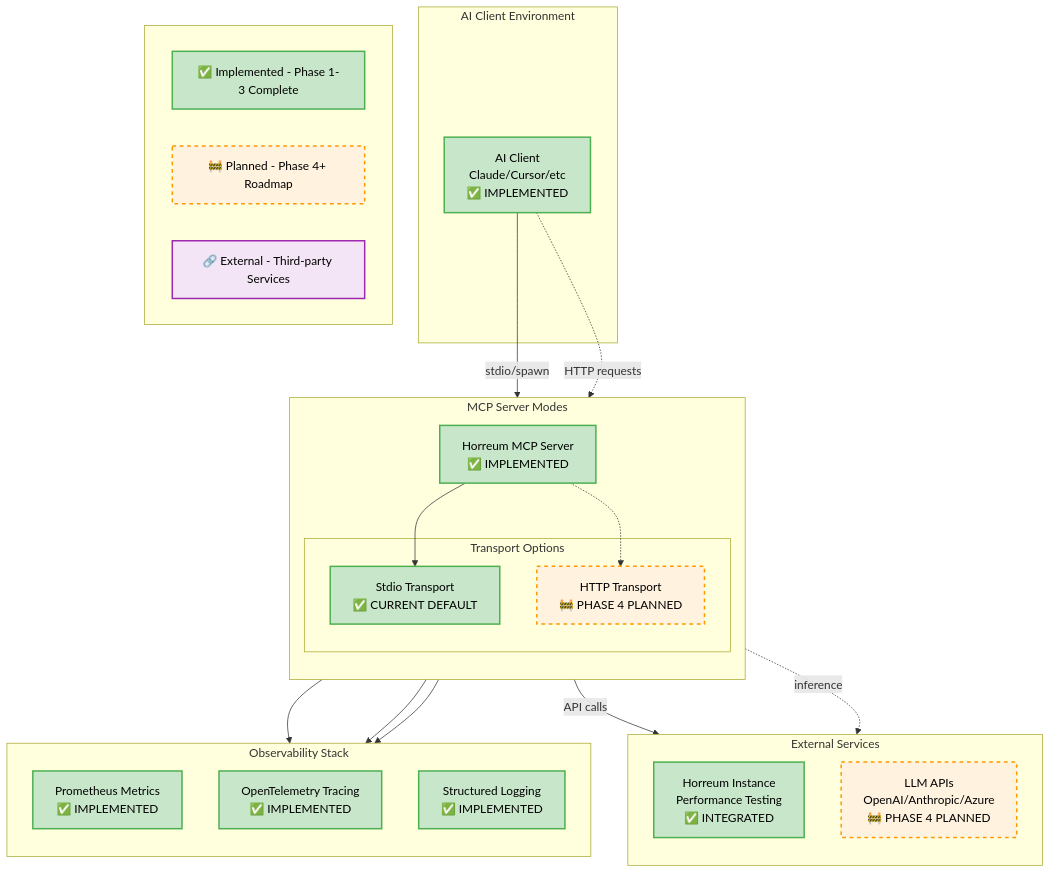
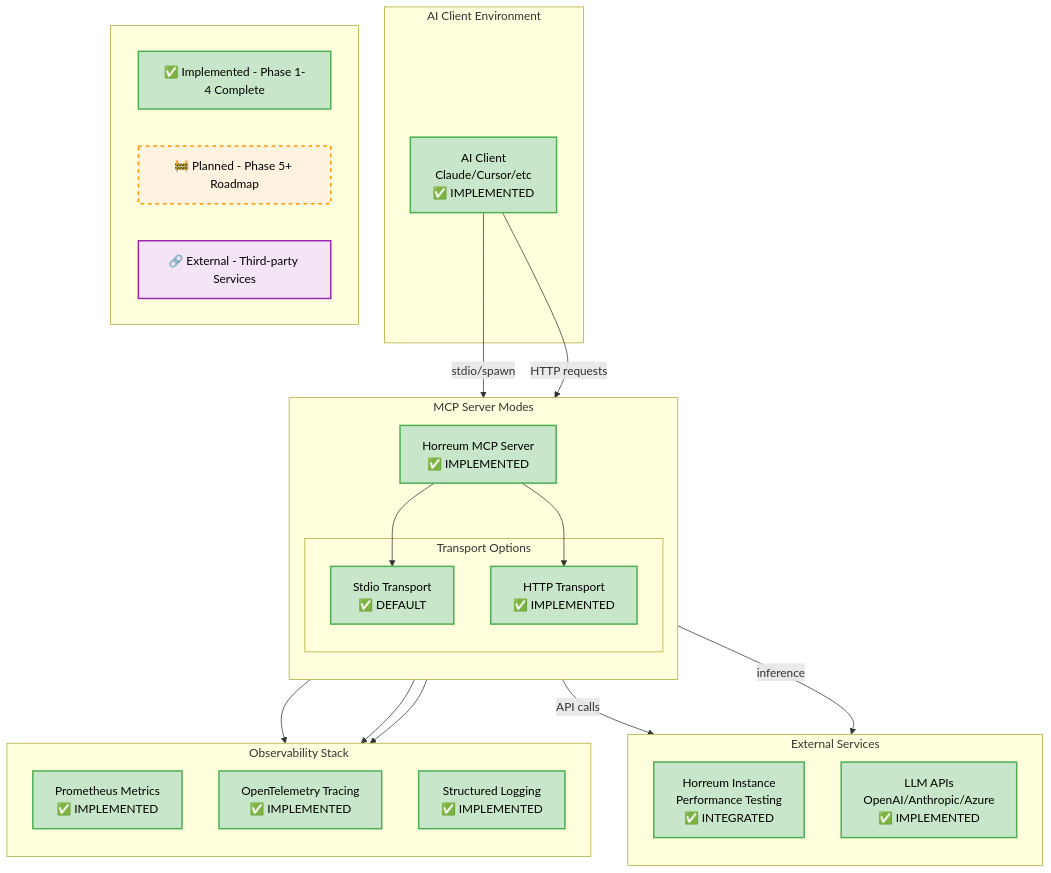
Before and after one commit to dustinblack/horreum-mcp: the first of 4 diagrams in README.md, drawn with Mermaid. The commit also changed other lines of this file and 13 other files, not shown here.

First line of the commit message:
feat: implement Phase 4 - HTTP Standalone Mode with external LLM integration

````diff
--- a/README.md
+++ b/README.md
@@ -47,58 +47,57 @@
 ```mermaid
 graph TB
     subgraph "AI Client Environment"
         AI[AI Client<br/>Claude/Cursor/etc<br/>✅ IMPLEMENTED]
     end
     
     subgraph "MCP Server Modes"
         direction TB
         MCP[Horreum MCP Server<br/>✅ IMPLEMENTED]
         
         subgraph "Transport Options"
-            STDIO[Stdio Transport<br/>✅ CURRENT DEFAULT]
-            HTTP[HTTP Transport<br/>🚧 PHASE 4 PLANNED]
+            STDIO[Stdio Transport<br/>✅ DEFAULT]
+            HTTP[HTTP Transport<br/>✅ IMPLEMENTED]
         end
         
         MCP --> STDIO
-        MCP -.-> HTTP
+        MCP --> HTTP
     end
     
     subgraph "External Services"
         direction TB
         HORREUM[Horreum Instance<br/>Performance Testing<br/>✅ INTEGRATED]
-        LLM[LLM APIs<br/>OpenAI/Anthropic/Azure<br/>🚧 PHASE 4 PLANNED]
+        LLM[LLM APIs<br/>OpenAI/Anthropic/Azure<br/>✅ IMPLEMENTED]
     end
     
     subgraph "Observability Stack"
         direction TB
         PROM[Prometheus Metrics<br/>✅ IMPLEMENTED]
         OTEL[OpenTelemetry Tracing<br/>✅ IMPLEMENTED]
         LOGS[Structured Logging<br/>✅ IMPLEMENTED]
     end
     
     AI -->|stdio/spawn| STDIO
-    AI -.->|HTTP requests| HTTP
+    AI -->|HTTP requests| HTTP
     MCP -->|API calls| HORREUM
-    HTTP -.->|inference| LLM
+    HTTP -->|inference| LLM
     MCP --> PROM
     MCP --> OTEL
     MCP --> LOGS
     
     classDef implemented fill:#c8e6c9,stroke:#4caf50,stroke-width:2px,color:#000000
     classDef planned fill:#fff3e0,stroke:#ff9800,stroke-width:2px,stroke-dasharray: 5 5,color:#000000
     classDef external fill:#f3e5f5,stroke:#9c27b0,stroke-width:2px,color:#000000
     
-    class AI,STDIO,MCP,HORREUM,PROM,OTEL,LOGS implemented
-    class HTTP,LLM planned
+    class AI,STDIO,MCP,HORREUM,PROM,OTEL,LOGS,HTTP,LLM implemented
     
     %% Legend
     subgraph Legend[" "]
-        L1[✅ Implemented - Phase 1-3 Complete]
-        L2[🚧 Planned - Phase 4+ Roadmap]
+        L1[✅ Implemented - Phase 1-4 Complete]
+        L2[🚧 Planned - Phase 5+ Roadmap]
         L3[🔗 External - Third-party Services]
     end
     
     class L1 implemented
     class L2 planned
     class L3 external
 ```
````
